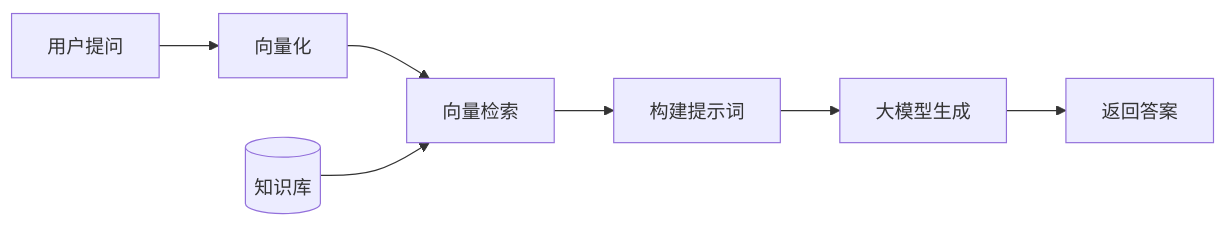
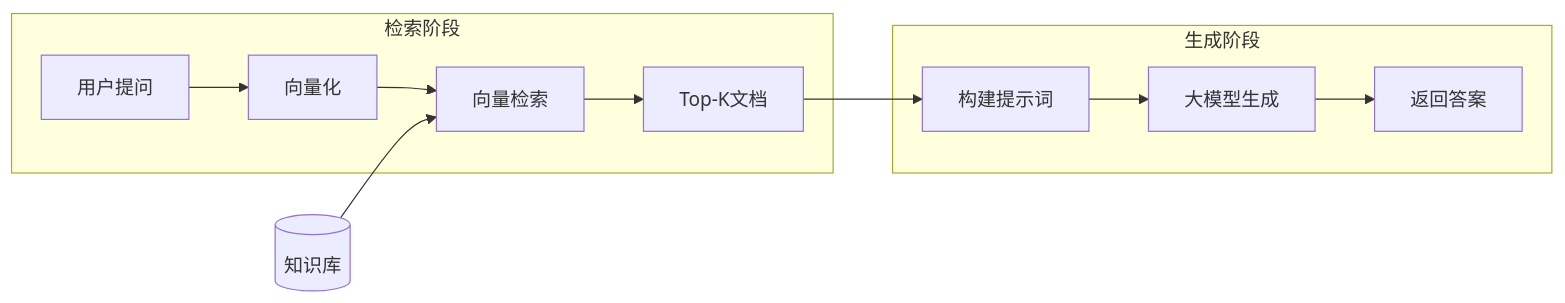
Before and after one commit to Redmoon-2333/LangChain-RAG: the second of 4 diagrams in README.md, drawn with Mermaid. The commit also changed other lines of this file, not shown here.

````diff
--- a/README.md
+++ b/README.md
@@ -170,10 +115,16 @@
 ```mermaid
 flowchart LR
-    A[用户提问] --> B[向量化]
-    B --> C[向量检索]
-    C --> D[构建提示词]
-    D --> E[大模型生成]
-    E --> F[返回答案]
+    subgraph 检索阶段
+        A[用户提问] --> B[向量化]
+        B --> C[向量检索]
+        C --> D[Top-K文档]
+    end
     
-    G[(知识库)] --> C
+    subgraph 生成阶段
+        D --> E[构建提示词]
+        E --> F[大模型生成]
+        F --> G[返回答案]
+    end
+    
+    H[(知识库)] --> C
 ```
````
